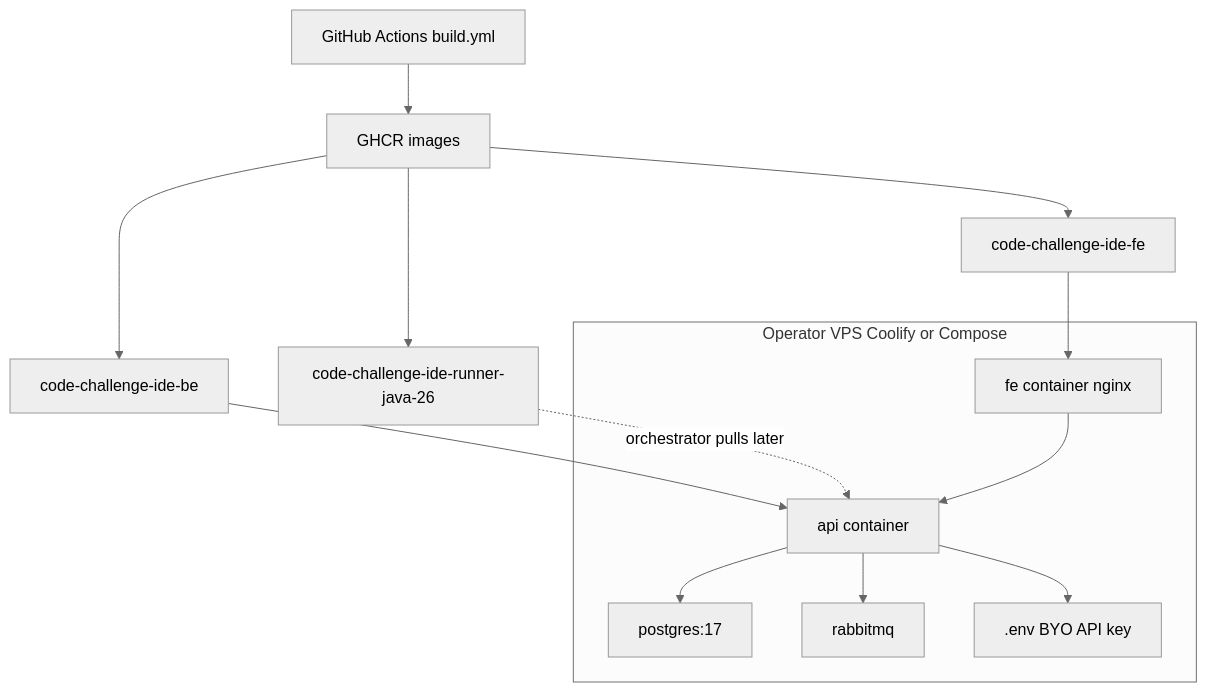
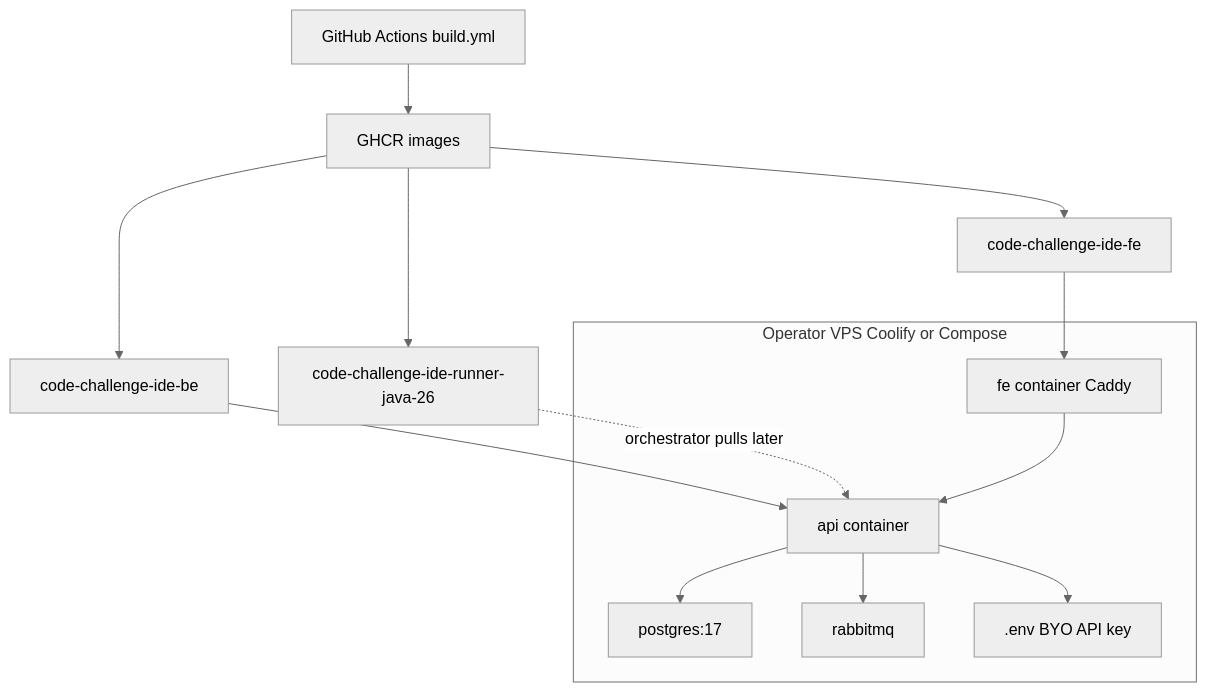
Diagram 15 of 17 in docs/code_training_lab_mvp_specification.md (josalero/code-challenge-ide), drawn with Mermaid (neutral theme) before and after one commit. The commit also changed other lines of this file and 14 other files, not shown here.

````diff
--- a/docs/code_training_lab_mvp_specification.md
+++ b/docs/code_training_lab_mvp_specification.md
@@ -847,24 +847,24 @@
 ```mermaid
 flowchart TB
     GH["GitHub Actions build.yml"]
     GH --> GHCR["GHCR images"]
     GHCR --> FE_IMG["code-challenge-ide-fe"]
     GHCR --> API_IMG["code-challenge-ide-be"]
     GHCR --> RUN_IMG["code-challenge-ide-runner-java-26"]
 
     subgraph Host["Operator VPS Coolify or Compose"]
-        FE["fe container nginx"]
+        FE["fe container Caddy"]
         API["api container"]
         PG["postgres:17"]
         RMQ["rabbitmq"]
         ENV[".env BYO API key"]
     end
 
     FE_IMG --> FE
     API_IMG --> API
     RUN_IMG -.->|orchestrator pulls later| API
     FE --> API
     API --> PG
     API --> RMQ
     API --> ENV
 ```
````
